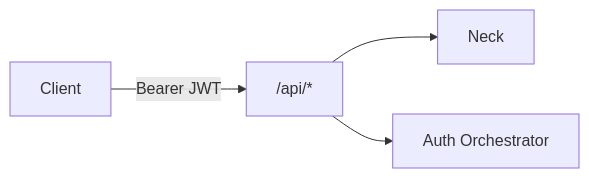
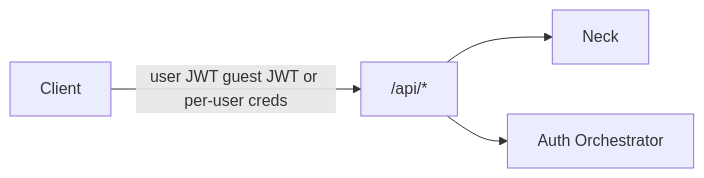
The diagram in docs/architecture/interfaces/rest-api.md (Bardie-radio/bardie-kithara), drawn with Mermaid before and after one commit. The commit also changed other lines of this file and 35 other files, not shown here.

````diff
--- a/docs/architecture/interfaces/rest-api.md
+++ b/docs/architecture/interfaces/rest-api.md
@@ -3,6 +3,6 @@
 ```mermaid
 flowchart LR
-  Client -->|Bearer JWT| API["/api/*"]
+  Client -->|user JWT guest JWT or per-user creds| API["/api/*"]
   API --> Neck
   API --> AuthOrch[Auth Orchestrator]
 ```
````
